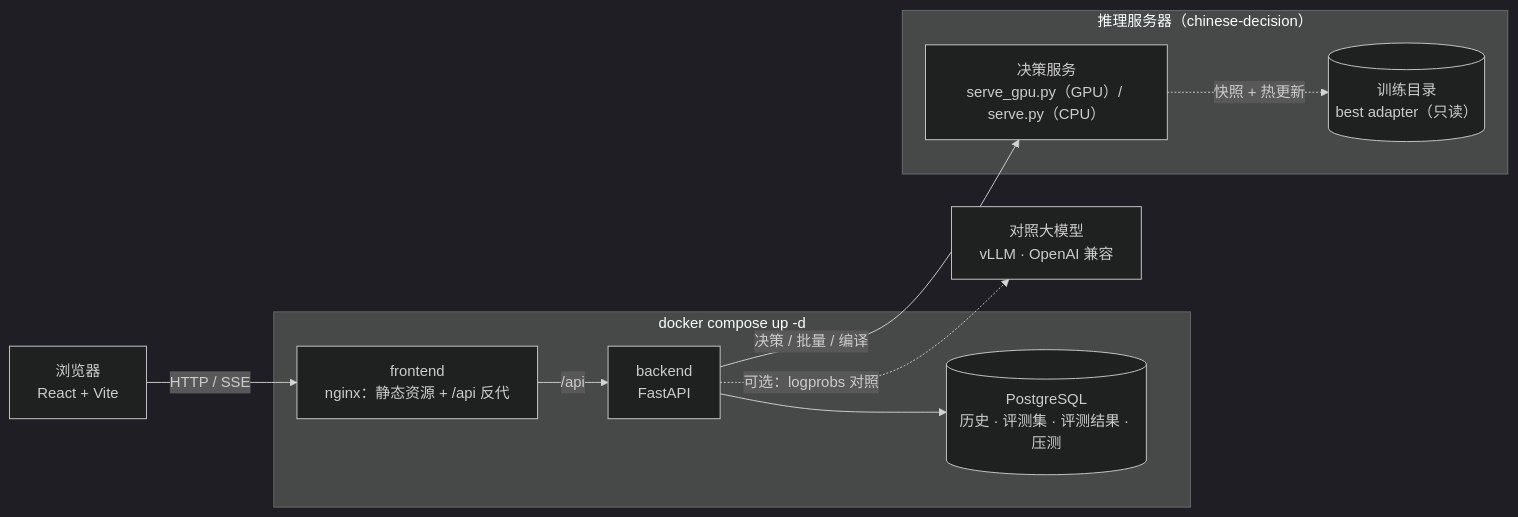
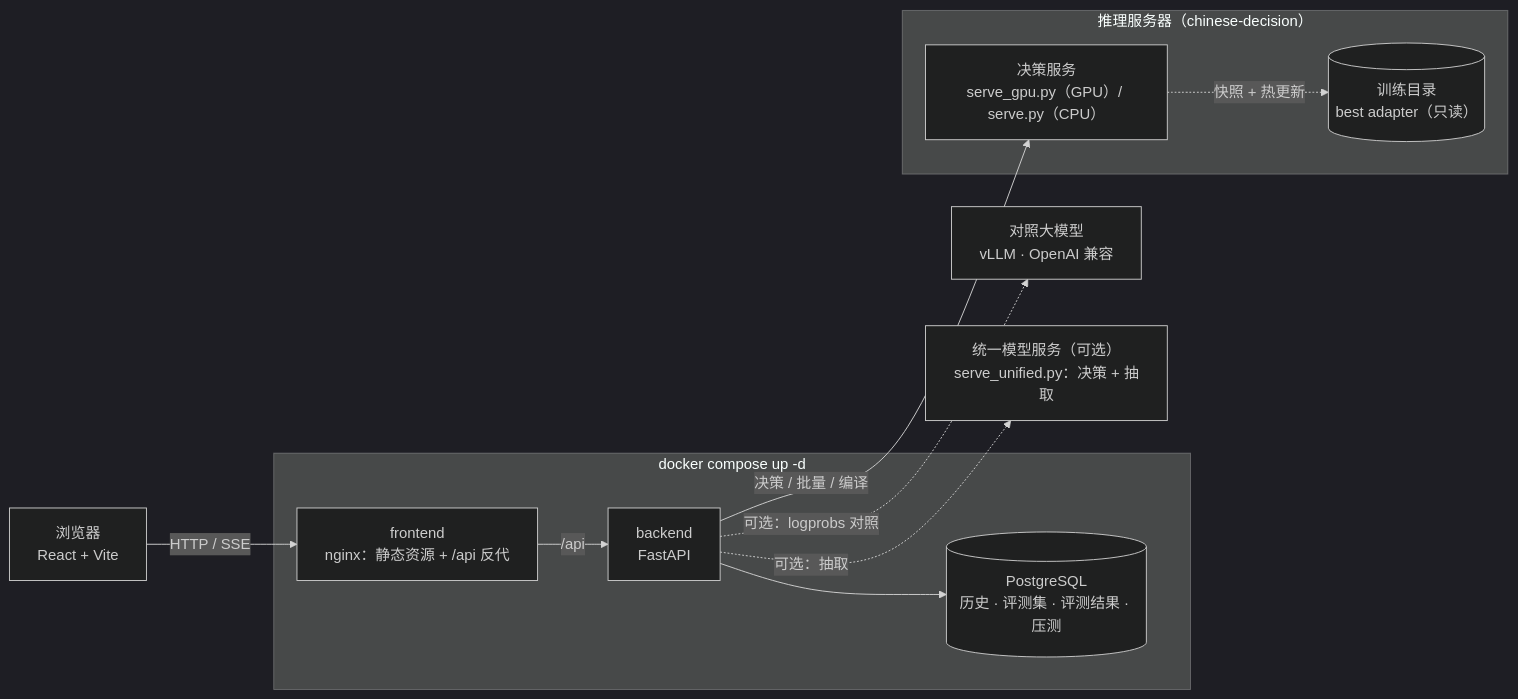
One commit to yanqiangmiffy/chinese-decision-studio changed the diagram in README.md. Above: the diagram before and after it, drawn with Mermaid (dark theme). The commit also changed other lines of this file and 29 other files, not shown here.

````diff
--- a/README.md
+++ b/README.md
@@ -163,21 +189,23 @@
 ```mermaid
 flowchart LR
     user["浏览器<br/>React + Vite"]
     subgraph compose["docker compose up -d"]
         nginx["frontend<br/>nginx：静态资源 + /api 反代"]
         api["backend<br/>FastAPI"]
         pg[("PostgreSQL<br/>历史 · 评测集 · 评测结果 · 压测")]
     end
     subgraph gpu["推理服务器（chinese-decision）"]
         svc["决策服务<br/>serve_gpu.py（GPU）/ serve.py（CPU）"]
         run[("训练目录<br/>best adapter（只读）")]
     end
     llm["对照大模型<br/>vLLM · OpenAI 兼容"]
+    uni["统一模型服务（可选）<br/>serve_unified.py：决策 + 抽取"]
 
     user -- "HTTP / SSE" --> nginx
     nginx -- "/api" --> api
     api --> pg
     api -- "决策 / 批量 / 编译" --> svc
     svc -. "快照 + 热更新" .-> run
     api -. "可选：logprobs 对照" .-> llm
+    api -. "可选：抽取" .-> uni
 ```
````
